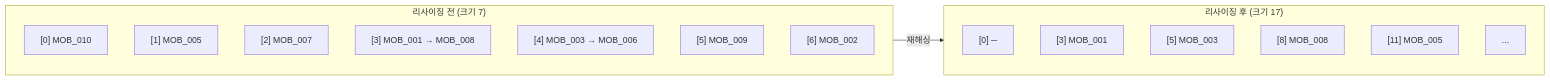
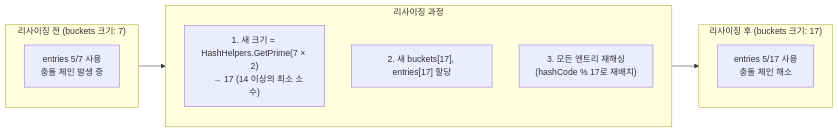
One commit to Epheria/Epheria.github.io changed the second of 8 diagrams in _posts/Csharp/DataStructure/2023-07-27-CsharpDS01.md. Above: the diagram before and after it, drawn with Mermaid. The commit also changed other lines of this file and 2 other files, not shown here.

````diff
--- a/_posts/Csharp/DataStructure/2023-07-27-CsharpDS01.md
+++ b/_posts/Csharp/DataStructure/2023-07-27-CsharpDS01.md
@@ -86,25 +110,20 @@
 ```mermaid
 flowchart LR
-    subgraph Before["리사이징 전 (크기 7)"]
+    subgraph Before["리사이징 전 (buckets 크기: 7)"]
         direction TB
-        B0["[0] MOB_010"]
-        B1["[1] MOB_005"]
-        B2["[2] MOB_007"]
-        B3["[3] MOB_001 → MOB_008"]
-        B4["[4] MOB_003 → MOB_006"]
-        B5["[5] MOB_009"]
-        B6["[6] MOB_002"]
+        BB["entries 5/7 사용<br/>충돌 체인 발생 중"]
     end
 
-    subgraph After["리사이징 후 (크기 17)"]
-        direction TB
-        A0["[0] ─"]
-        A3["[3] MOB_001"]
-        A5["[5] MOB_003"]
-        A8["[8] MOB_008"]
-        A11["[11] MOB_005"]
-        Adot["..."]
+    subgraph Resize["리사이징 과정"]
+        R1["1. 새 크기 = HashHelpers.GetPrime(7 × 2)<br/>   → 17 (14 이상의 최소 소수)"]
+        R2["2. 새 buckets[17], entries[17] 할당"]
+        R3["3. 모든 엔트리 재해싱<br/>   (hashCode % 17로 재배치)"]
     end
 
-    Before -->|"재해싱"| After
+    subgraph After["리사이징 후 (buckets 크기: 17)"]
+        direction TB
+        BA["entries 5/17 사용<br/>충돌 체인 해소"]
+    end
+
+    Before --> Resize --> After
 ```
````
